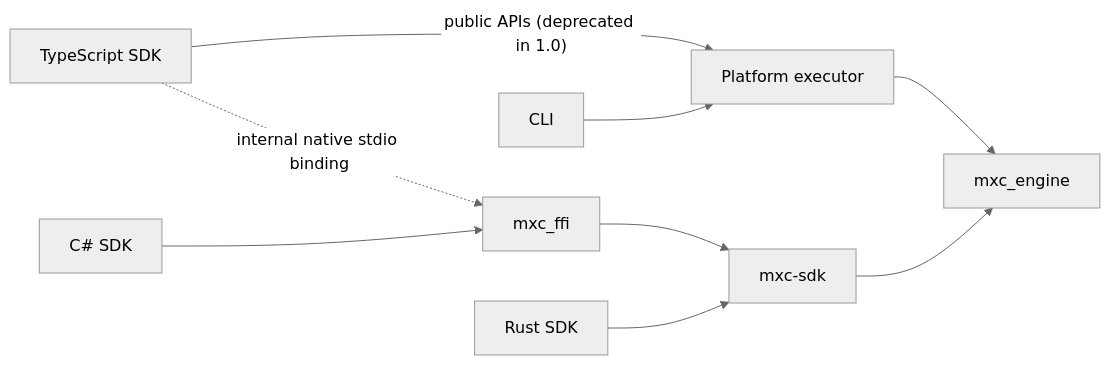
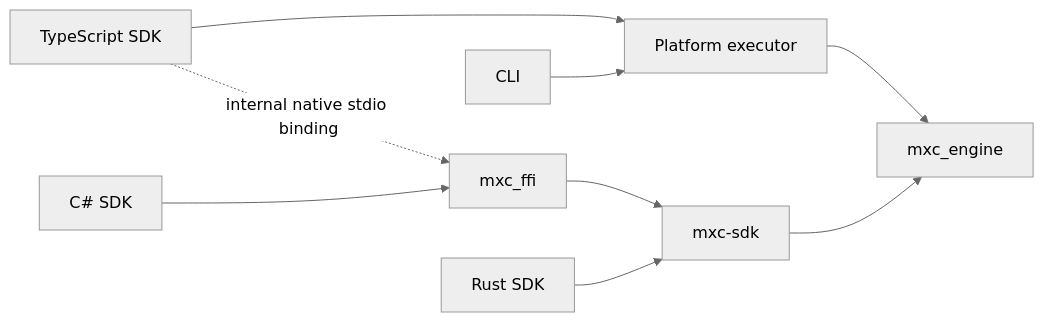
Before and after one commit to microsoft/mxc: the second of 2 diagrams in docs/architecture.md, drawn with Mermaid (neutral theme). The commit also changed other lines of this file and 18 other files, not shown here.

````diff
--- a/docs/architecture.md
+++ b/docs/architecture.md
@@ -100,19 +100,19 @@
 ```mermaid
 flowchart LR
     typescript["TypeScript SDK"]
     cli["CLI"]
     csharp["C# SDK"]
     rust["Rust SDK"]
     executor["Platform executor"]
     ffi["mxc_ffi"]
     sdk["mxc-sdk"]
     engine["mxc_engine"]
 
-    typescript -- "public APIs (deprecated in 1.0)" --> executor
+    typescript --> executor
     typescript -. "internal native stdio binding" .-> ffi
     cli --> executor
     csharp --> ffi --> sdk
     rust --> sdk
     executor --> engine
     sdk --> engine
 ```
````
